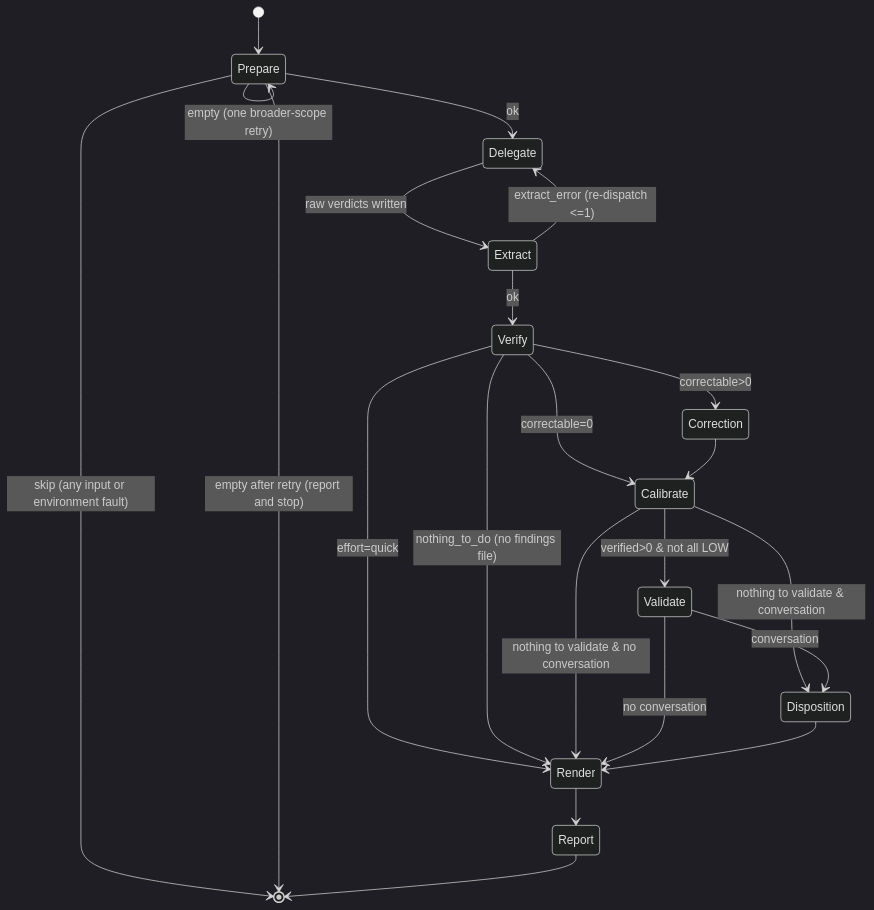
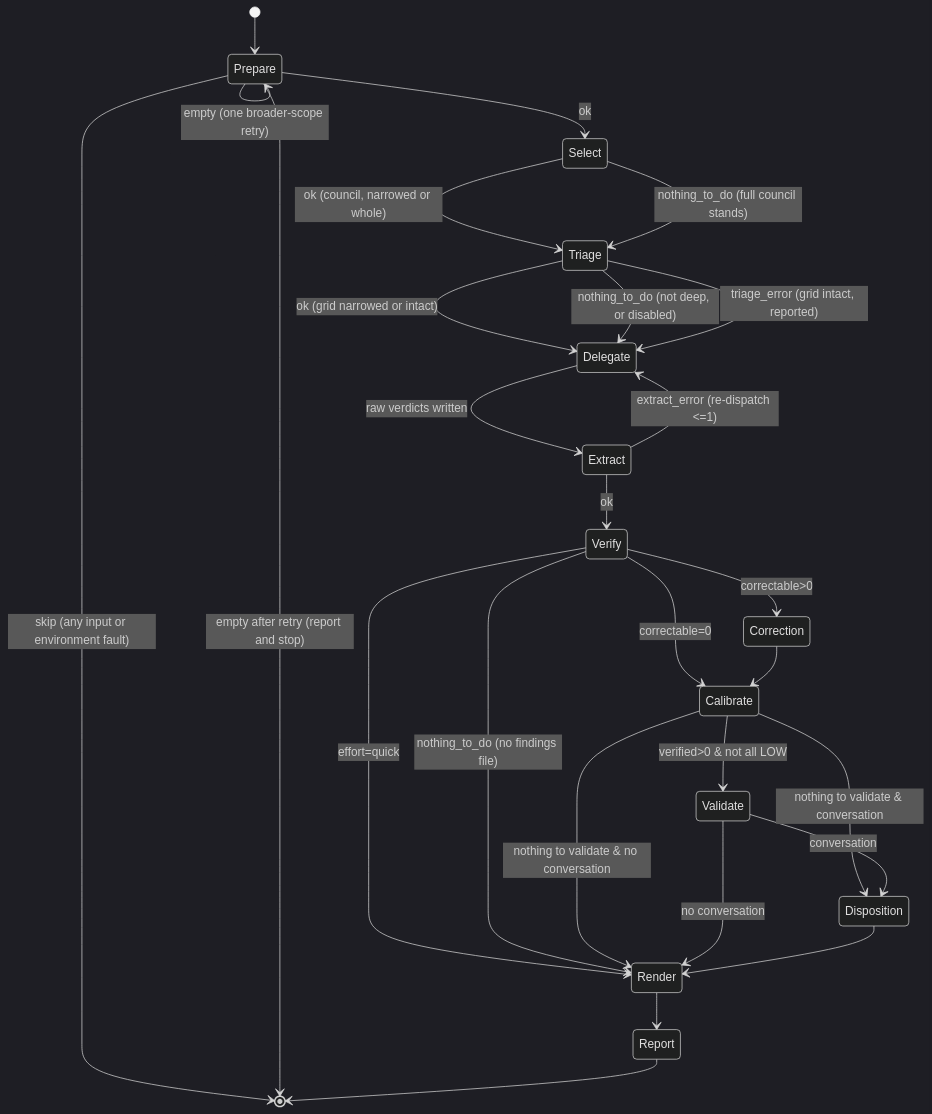
Before and after one commit to lolables/lola-mod-review-council: the diagram in module/skills/review-council/SKILL.md, drawn with Mermaid (dark theme). The commit also changed other lines of this file and 40 other files, not shown here.

````diff
--- a/module/skills/review-council/SKILL.md
+++ b/module/skills/review-council/SKILL.md
@@ -154,24 +154,29 @@
 ```mermaid
 stateDiagram-v2
     [*] --> Prepare
-    Prepare --> Delegate: ok
+    Prepare --> Select: ok
     Prepare --> [*]: skip (any input or environment fault)
     Prepare --> Prepare: empty (one broader-scope retry)
     Prepare --> [*]: empty after retry (report and stop)
+    Select --> Triage: ok (council, narrowed or whole)
+    Select --> Triage: nothing_to_do (full council stands)
+    Triage --> Delegate: ok (grid narrowed or intact)
+    Triage --> Delegate: nothing_to_do (not deep, or disabled)
+    Triage --> Delegate: triage_error (grid intact, reported)
     Delegate --> Extract: raw verdicts written
     Extract --> Delegate: extract_error (re-dispatch <=1)
     Extract --> Verify: ok
     Verify --> Render: effort=quick
     Verify --> Render: nothing_to_do (no findings file)
     Verify --> Correction: correctable>0
     Verify --> Calibrate: correctable=0
     Correction --> Calibrate
     Calibrate --> Validate: verified>0 & not all LOW
     Calibrate --> Render: nothing to validate & no conversation
     Calibrate --> Disposition: nothing to validate & conversation
     Validate --> Render: no conversation
     Validate --> Disposition: conversation
     Disposition --> Render
     Render --> Report
     Report --> [*]
 ```
````
